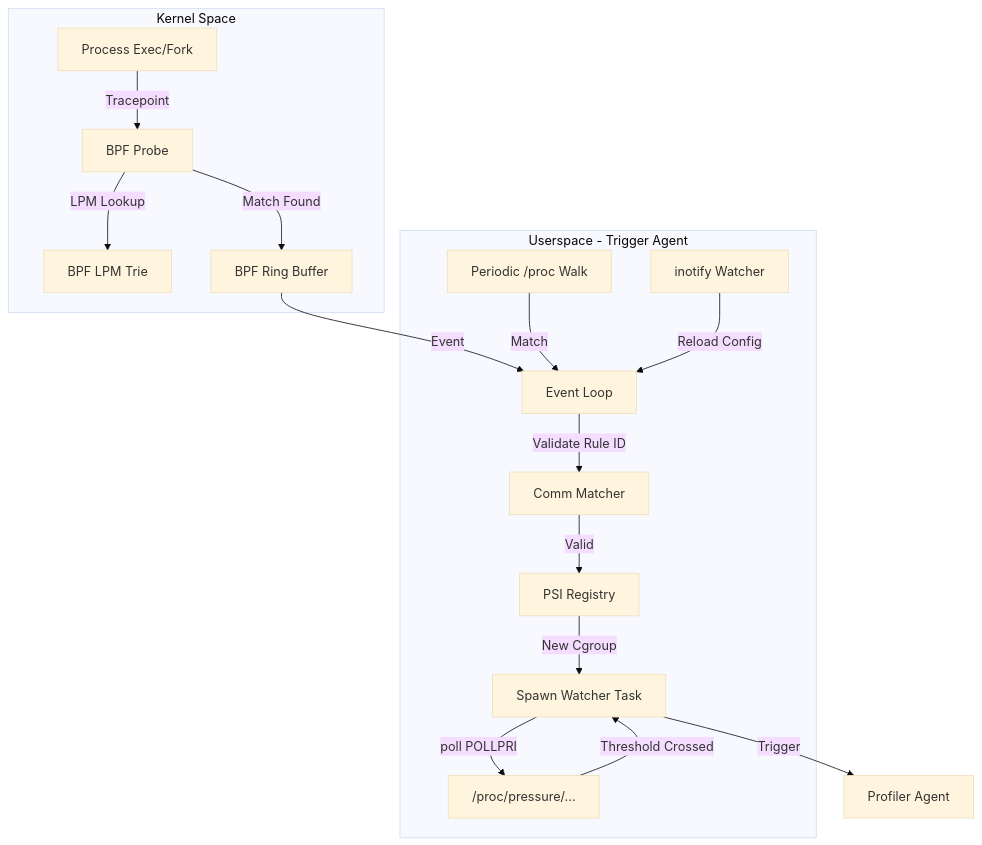
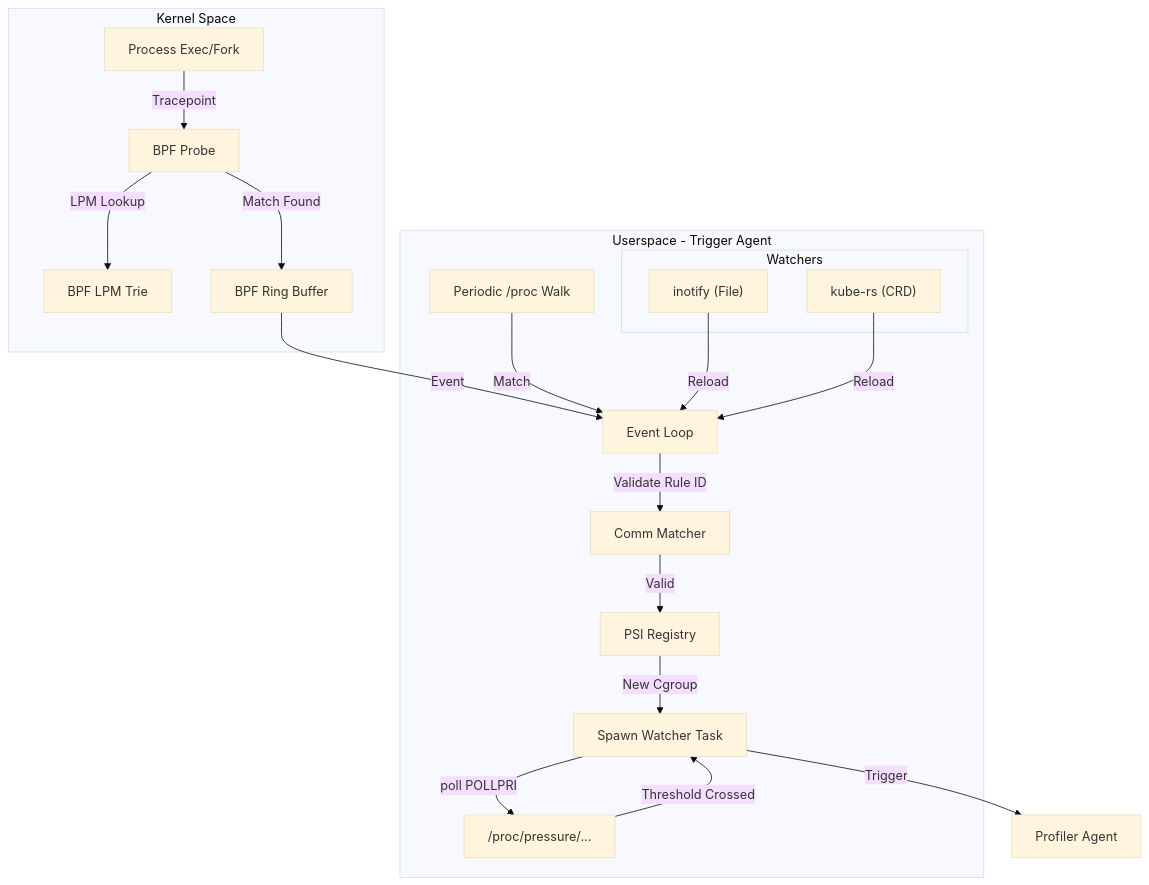
Before and after one commit to sugarraysam/bistouri: the diagram in docs/trigger.qmd, drawn with Mermaid (base theme). The commit also changed other lines of this file and 4 other files, not shown here.

````diff
--- a/docs/trigger.qmd
+++ b/docs/trigger.qmd
@@ -87,24 +87,30 @@
 ```{mermaid}
 graph TD
     subgraph "Kernel Space"
         K_EXEC["Process Exec/Fork"] -->|"Tracepoint"| BPF_PROG["BPF Probe"]
         BPF_PROG -->|"LPM Lookup"| BPF_TRIE["BPF LPM Trie"]
         BPF_PROG -->|"Match Found"| RING_BUF["BPF Ring Buffer"]
     end
 
     subgraph "Userspace - Trigger Agent"
         RING_BUF -->|"Event"| EV_LOOP["Event Loop"]
         PROC_SCAN["Periodic /proc Walk"] -->|"Match"| EV_LOOP
 
-        INOTIFY["inotify Watcher"] -->|"Reload Config"| EV_LOOP
+        subgraph "Watchers"
+            INOTIFY["inotify (File)"]
+            KUBE["kube-rs (CRD)"]
+        end
+
+        INOTIFY -->|"Reload"| EV_LOOP
+        KUBE -->|"Reload"| EV_LOOP
 
         EV_LOOP -->|"Validate Rule ID"| MATCHER["Comm Matcher"]
         MATCHER -->|"Valid"| PSI_REG["PSI Registry"]
 
         PSI_REG -->|"New Cgroup"| SPAWN["Spawn Watcher Task"]
         SPAWN -->|"poll POLLPRI"| PSI_FILE["/proc/pressure/..."]
     end
 
     PSI_FILE -->|"Threshold Crossed"| SPAWN
     SPAWN -->|"Trigger"| PROFILER["Profiler Agent"]
 ```
````
